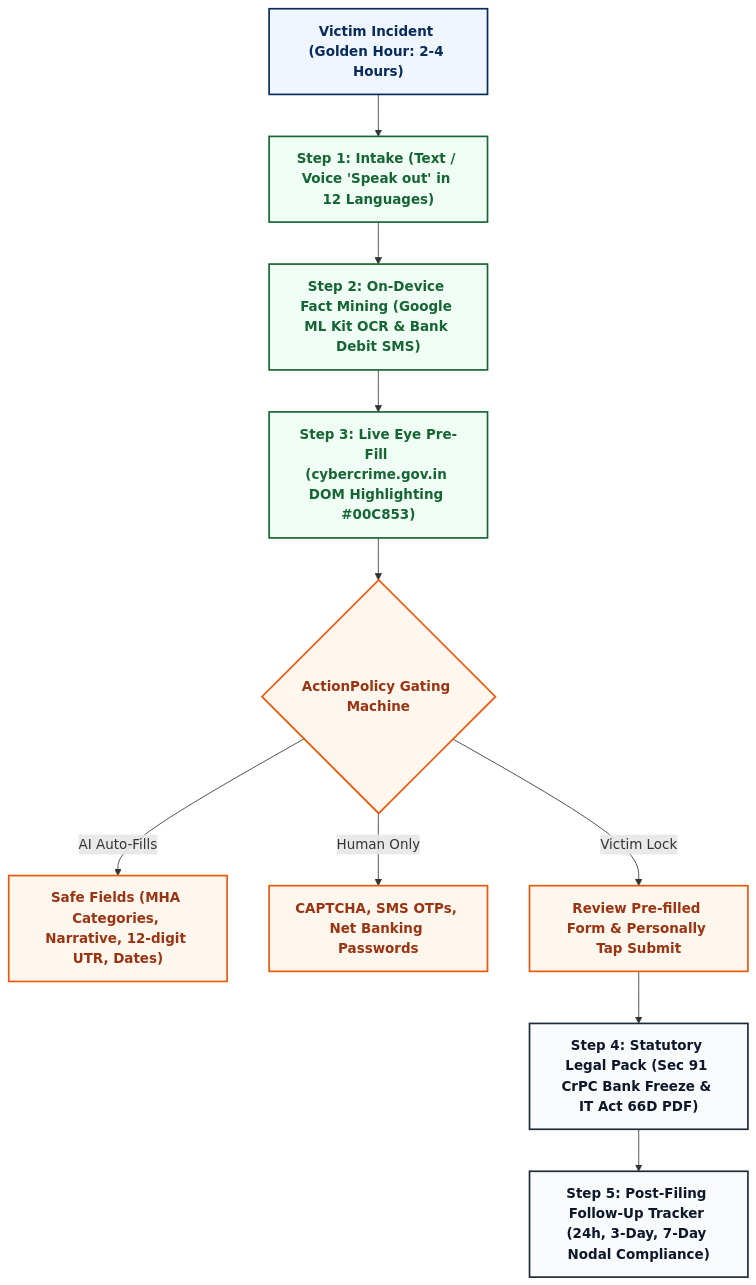
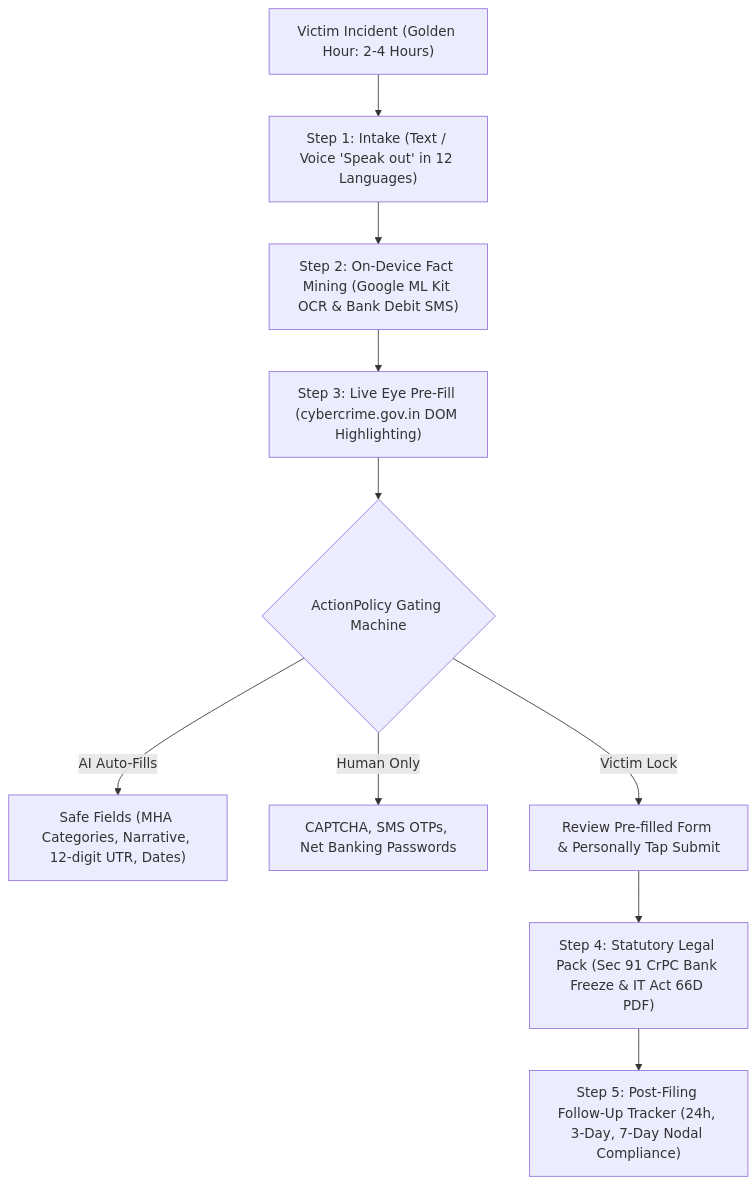
Before and after one commit to vijjada/cyber-victim-assistant: the first of 3 diagrams in README.md, drawn with Mermaid. The commit also changed other lines of this file, not shown here.

Commit message:
docs: use clean uncolored monochrome Mermaid diagrams and remove emojis

````diff
--- a/README.md
+++ b/README.md
@@ -41,22 +41,12 @@
 ```mermaid
 flowchart TD
-    classDef startNode fill:#EFF6FF,stroke:#082B5B,stroke-width:2px,color:#082B5B,font-weight:bold;
-    classDef stepNode fill:#F0FDF4,stroke:#166534,stroke-width:2px,color:#166534,font-weight:bold;
-    classDef gateNode fill:#FFF7ED,stroke:#EA580C,stroke-width:2px,color:#9A3412,font-weight:bold;
-    classDef legalNode fill:#F8FAFC,stroke:#1E293B,stroke-width:2px,color:#0F172A,font-weight:bold;
-
     A["Victim Incident (Golden Hour: 2-4 Hours)"] --> B["Step 1: Intake (Text / Voice 'Speak out' in 12 Languages)"]
     B --> C["Step 2: On-Device Fact Mining (Google ML Kit OCR & Bank Debit SMS)"]
-    C --> D["Step 3: Live Eye Pre-Fill (cybercrime.gov.in DOM Highlighting #00C853)"]
+    C --> D["Step 3: Live Eye Pre-Fill (cybercrime.gov.in DOM Highlighting)"]
     D --> E{"ActionPolicy Gating Machine"}
     E -->|"AI Auto-Fills"| F["Safe Fields (MHA Categories, Narrative, 12-digit UTR, Dates)"]
     E -->|"Human Only"| G["CAPTCHA, SMS OTPs, Net Banking Passwords"]
     E -->|"Victim Lock"| H["Review Pre-filled Form & Personally Tap Submit"]
     H --> I["Step 4: Statutory Legal Pack (Sec 91 CrPC Bank Freeze & IT Act 66D PDF)"]
     I --> J["Step 5: Post-Filing Follow-Up Tracker (24h, 3-Day, 7-Day Nodal Compliance)"]
-
-    class A startNode;
-    class B,C,D stepNode;
-    class E,F,G,H gateNode;
-    class I,J legalNode;
 ```
````
